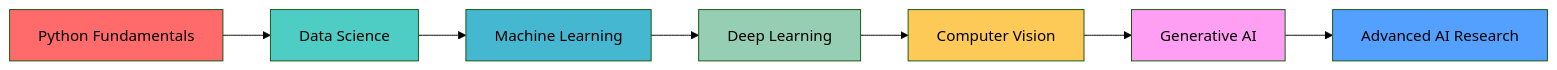
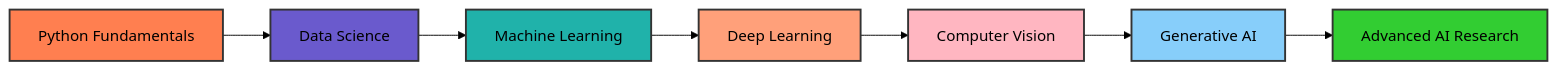
The diagram in README.md (AbhayAyare/AbhayAyare), drawn with Mermaid (forest theme) before and after one commit. The commit also changed other lines of this file, not shown here.

````diff
--- a/README.md
+++ b/README.md
@@ -148,17 +149,17 @@
 ```mermaid
 graph LR
     A[Python Fundamentals] --> B[Data Science]
     B --> C[Machine Learning]
     C --> D[Deep Learning]
     D --> E[Computer Vision]
     E --> F[Generative AI]
     F --> G[Advanced AI Research]
     
-    style A fill:#ff6b6b
-    style B fill:#4ecdc4
-    style C fill:#45b7d1
-    style D fill:#96ceb4
-    style E fill:#feca57
-    style F fill:#ff9ff3
-    style G fill:#54a0ff
+    style A fill:#ff7f50,stroke:#333,stroke-width:2px
+    style B fill:#6a5acd,stroke:#333,stroke-width:2px
+    style C fill:#20b2aa,stroke:#333,stroke-width:2px
+    style D fill:#ffa07a,stroke:#333,stroke-width:2px
+    style E fill:#ffb6c1,stroke:#333,stroke-width:2px
+    style F fill:#87cefa,stroke:#333,stroke-width:2px
+    style G fill:#32cd32,stroke:#333,stroke-width:2px
 ```
````
